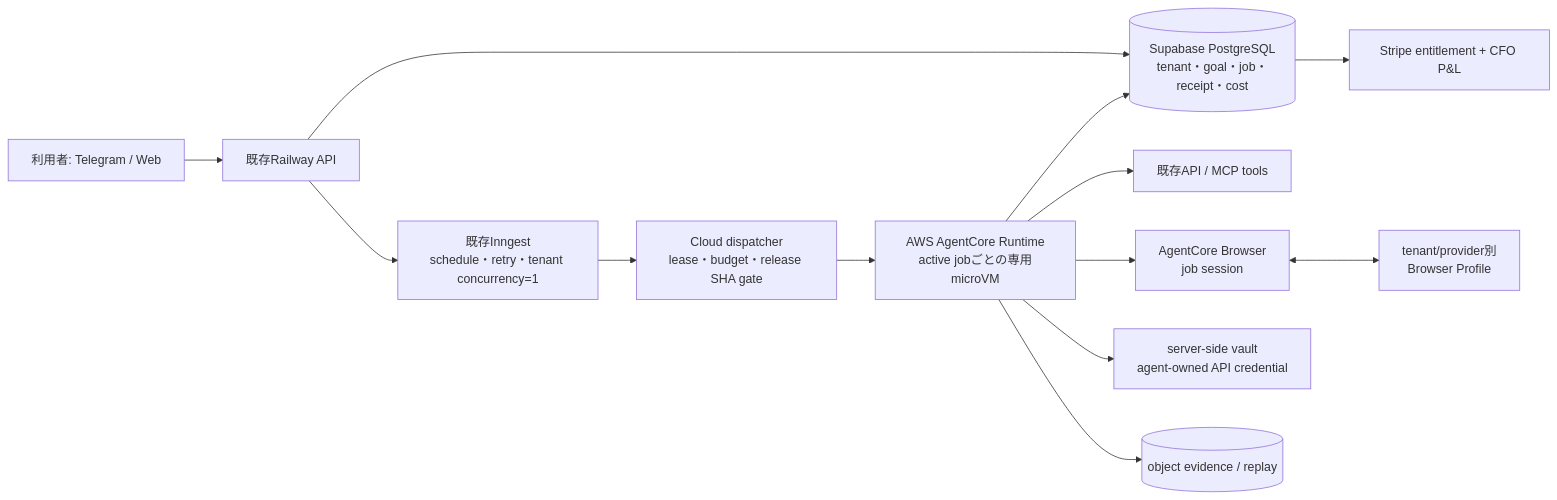
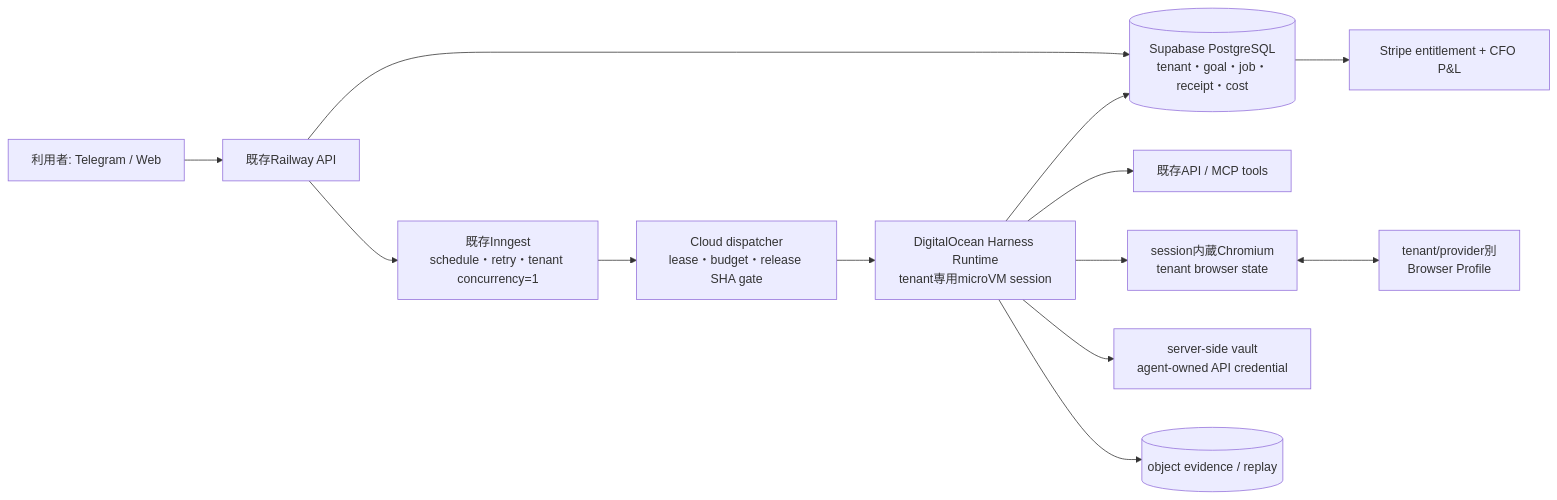
The second of 2 diagrams in docs/superpowers/specs/2026-09-28-life-manager-agentcore-cloud-design.md (Daisuke134/life-manager), drawn with Mermaid before and after one commit. The commit also changed other lines of this file and 2 other files, not shown here.

Commit message:
docs: select DigitalOcean for cloud v1

````diff
--- a/docs/superpowers/specs/2026-09-28-life-manager-agentcore-cloud-design.md
+++ b/docs/superpowers/specs/2026-09-28-life-manager-agentcore-cloud-design.md
@@ -81,15 +80,15 @@
 ```mermaid
 flowchart LR
   U[利用者: Telegram / Web] --> API[既存Railway API]
   API --> PG[(Supabase PostgreSQL<br/>tenant・goal・job・receipt・cost)]
   API --> Q[既存Inngest<br/>schedule・retry・tenant concurrency=1]
   Q --> D[Cloud dispatcher<br/>lease・budget・release SHA gate]
-  D --> R[AWS AgentCore Runtime<br/>active jobごとの専用microVM]
+  D --> R[DigitalOcean Harness Runtime<br/>tenant専用microVM session]
   R --> G[既存API / MCP tools]
-  R --> B[AgentCore Browser<br/>job session]
+  R --> B[session内蔵Chromium<br/>tenant browser state]
   B <--> P[tenant/provider別<br/>Browser Profile]
   R --> I[server-side vault<br/>agent-owned API credential]
   R --> E[(object evidence / replay)]
   R --> PG
   PG --> S[Stripe entitlement + CFO P&L]
 ```
````
